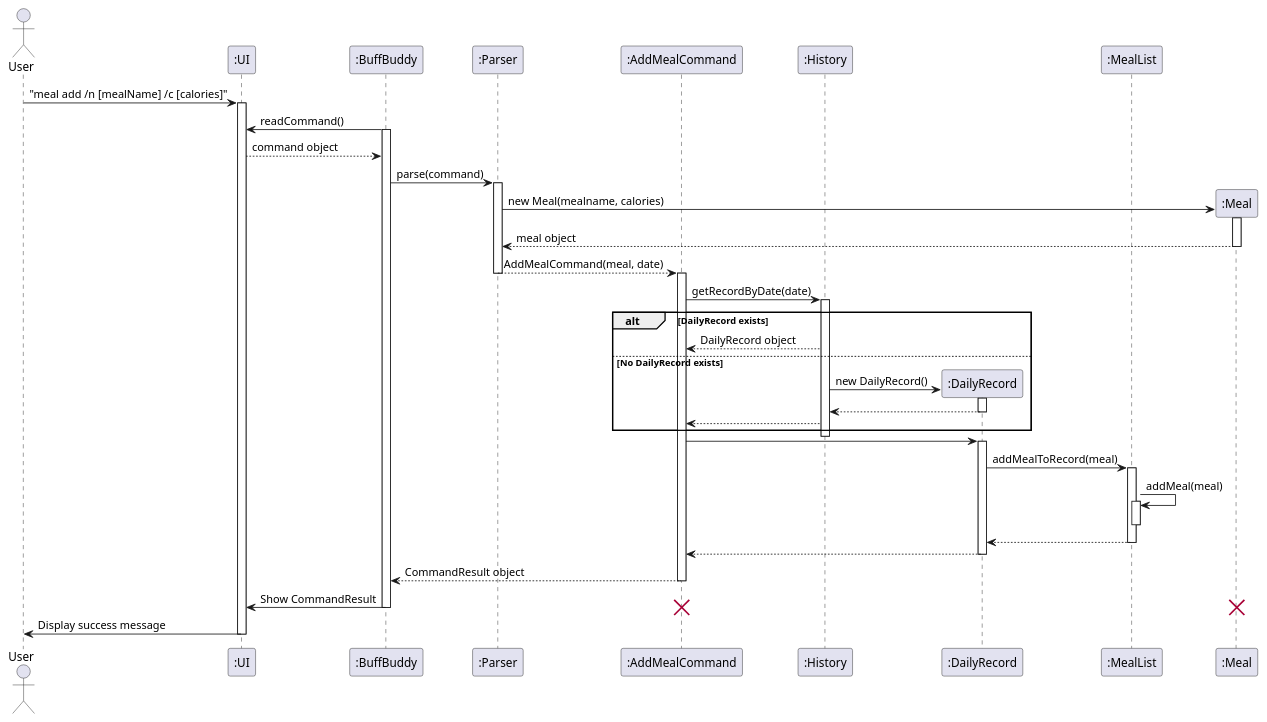
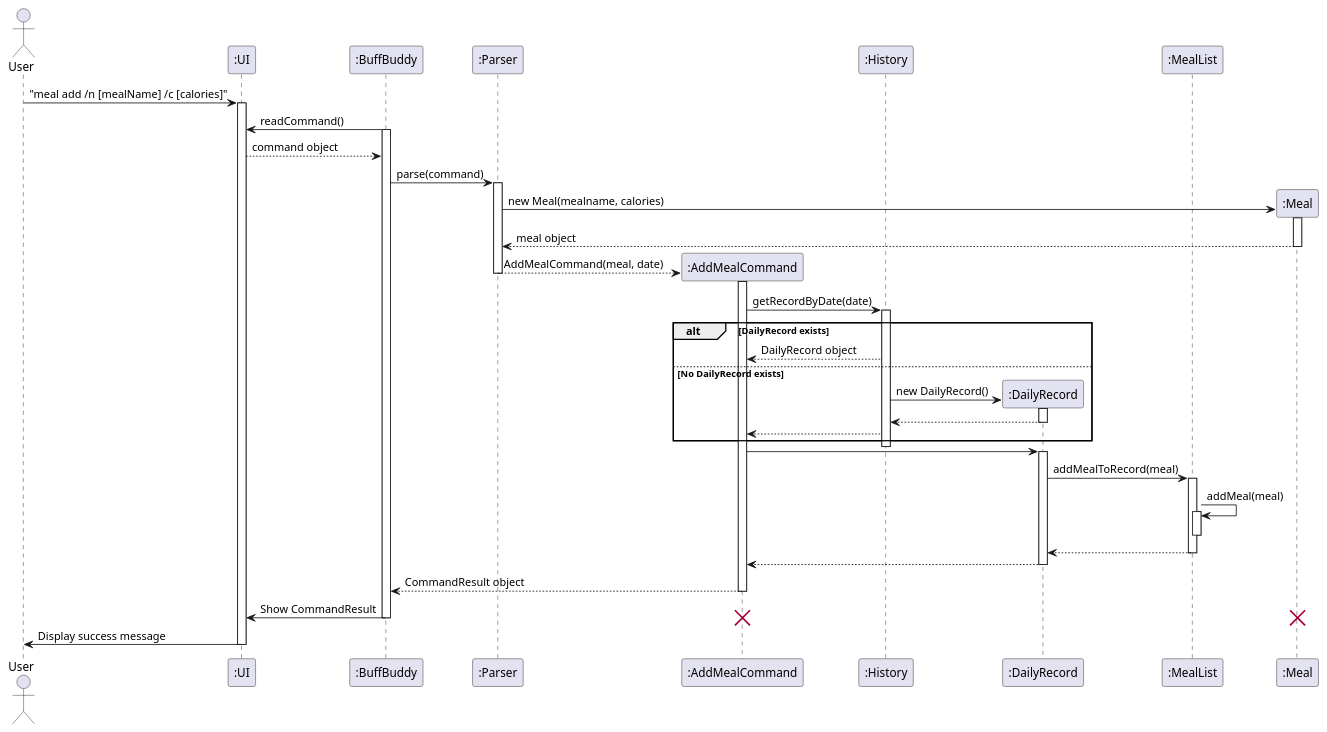
The diagram in docs/diagrams/addMealSequenceDiagram.puml (nus-cs2113-AY2425S1/tp), drawn with PlantUML before and after one commit. The commit also changed 5 other files, not shown here.

Commit message:
Edited Meal sequence diagrams AGAIN

```diff
--- a/docs/diagrams/addMealSequenceDiagram.puml
+++ b/docs/diagrams/addMealSequenceDiagram.puml
@@ -1,71 +1,72 @@
 @startuml
 actor User
 participant ":UI" as UI
 participant ":BuffBuddy" as BB
 participant ":Parser" as Parser
 participant ":AddMealCommand" as AddCmd
 participant ":History" as History
 participant ":DailyRecord" as DailyRec
 participant ":MealList" as MealList
 participant ":Meal" as Meal
 
 User -> UI: "meal add /n [mealName] /c [calories]"
 activate UI
 BB -> UI: readCommand()
 activate BB
 UI --> BB: command object
 BB -> Parser: parse(command)
 activate Parser
 
 create Meal
 Parser -> Meal: new Meal(mealname, calories)
 activate Meal
 Meal --> Parser: meal object
 deactivate Meal
 
+create AddCmd
 Parser --> AddCmd: AddMealCommand(meal, date)
 deactivate Parser
 activate AddCmd
 
 AddCmd -> History: getRecordByDate(date)
 activate History
 
 alt DailyRecord exists
   History --> AddCmd: DailyRecord object
 else No DailyRecord exists
 create DailyRec
   History -> DailyRec: new DailyRecord()
   activate DailyRec
   DailyRec --> History
   deactivate DailyRec
   History --> AddCmd
 end
 deactivate History
 
 AddCmd -> DailyRec:
 activate DailyRec
 
 DailyRec -> MealList: addMealToRecord(meal)
 activate MealList
 MealList -> MealList: addMeal(meal)
 activate MealList
 
 deactivate MealList
 MealList --> DailyRec
 deactivate MealList
 
 
 DailyRec --> AddCmd
 deactivate DailyRec
 
 AddCmd --> BB: CommandResult object
 deactivate AddCmd
 
 BB -> UI: Show CommandResult
 deactivate BB
 destroy AddCmd
 destroy Meal
 
 UI -> User: Display success message
 deactivate UI
 @enduml
```
